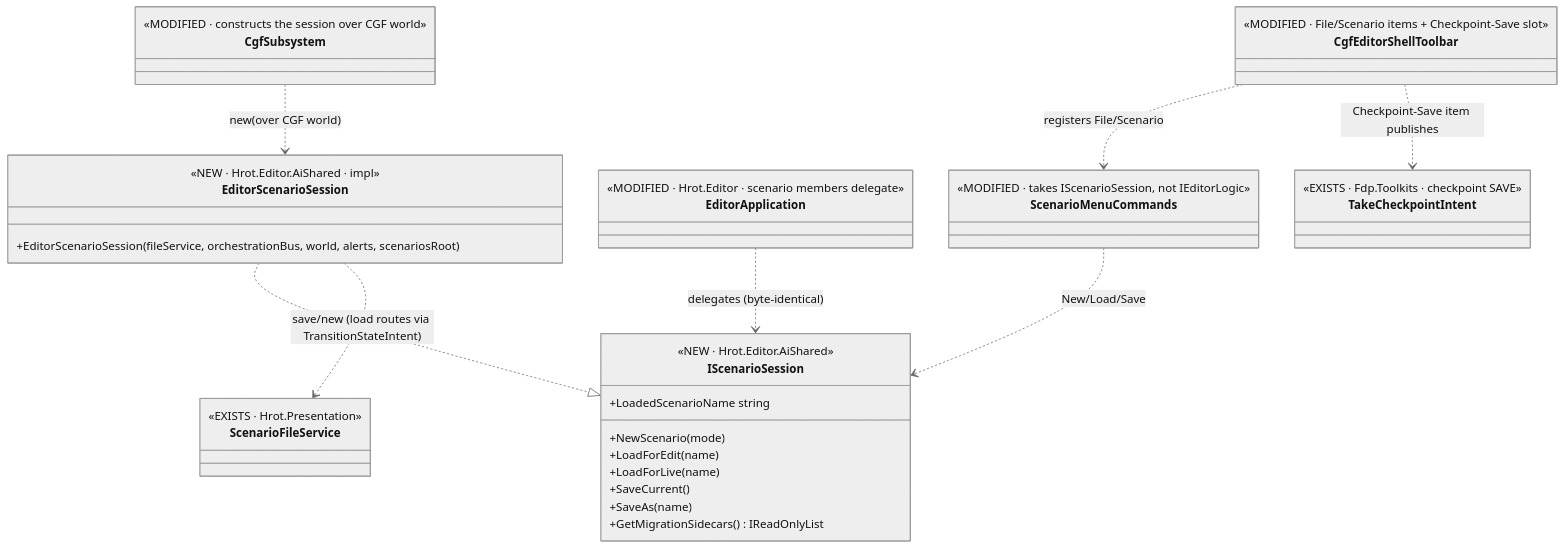
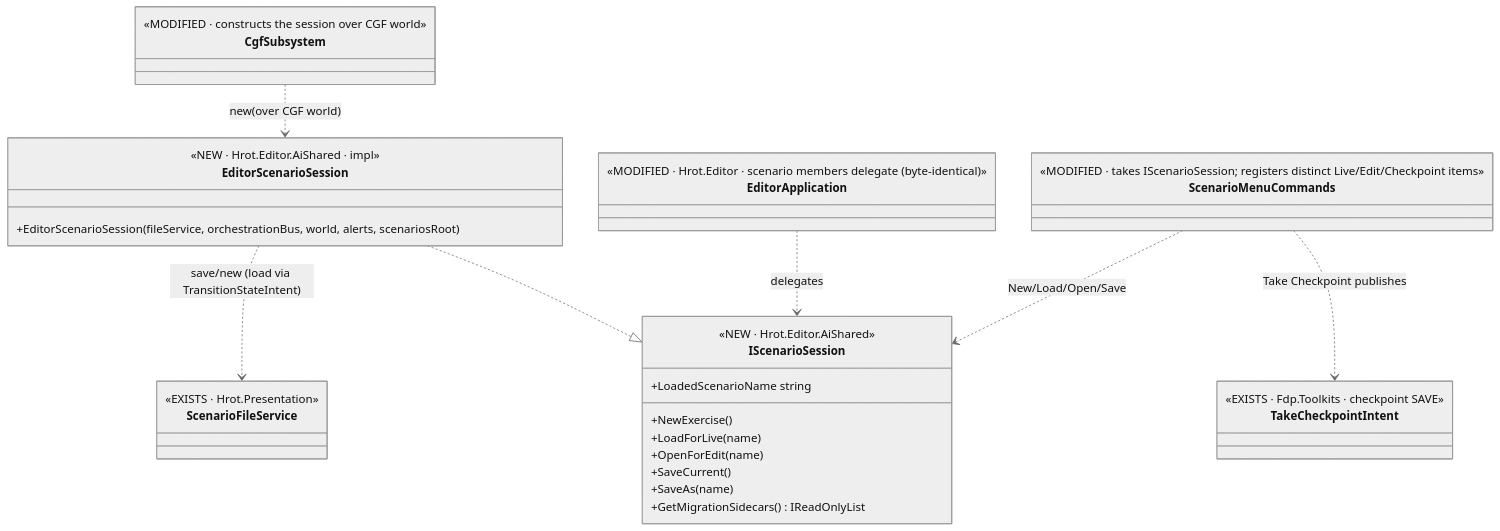
One commit to pjanec/HROT changed the first of 2 diagrams in docs/DESIGN_Cgf_Scenario_Session_Slice.md. Above: the diagram before and after it, drawn with Mermaid (neutral theme). The commit also changed other lines of this file and 4 other files, not shown here.

````diff
--- a/docs/DESIGN_Cgf_Scenario_Session_Slice.md
+++ b/docs/DESIGN_Cgf_Scenario_Session_Slice.md
@@ -47,42 +56,38 @@
 ```mermaid
 classDiagram
     class IScenarioSession {
         <<NEW · Hrot.Editor.AiShared>>
-        +NewScenario(mode)
-        +LoadForEdit(name)
+        +NewExercise()
         +LoadForLive(name)
+        +OpenForEdit(name)
         +SaveCurrent()
         +SaveAs(name)
         +LoadedScenarioName string
         +GetMigrationSidecars() IReadOnlyList
     }
     class EditorScenarioSession {
         <<NEW · Hrot.Editor.AiShared · impl>>
         +EditorScenarioSession(fileService, orchestrationBus, world, alerts, scenariosRoot)
     }
     class ScenarioFileService {
         <<EXISTS · Hrot.Presentation>>
     }
     class EditorApplication {
-        <<MODIFIED · Hrot.Editor · scenario members delegate>>
+        <<MODIFIED · Hrot.Editor · scenario members delegate (byte-identical)>>
     }
     class CgfSubsystem {
         <<MODIFIED · constructs the session over CGF world>>
     }
     class ScenarioMenuCommands {
-        <<MODIFIED · takes IScenarioSession, not IEditorLogic>>
-    }
-    class CgfEditorShellToolbar {
-        <<MODIFIED · File/Scenario items + Checkpoint-Save slot>>
+        <<MODIFIED · takes IScenarioSession; registers distinct Live/Edit/Checkpoint items>>
     }
     class TakeCheckpointIntent {
         <<EXISTS · Fdp.Toolkits · checkpoint SAVE>>
     }
     EditorScenarioSession ..|> IScenarioSession
-    EditorScenarioSession ..> ScenarioFileService : save/new (load routes via TransitionStateIntent)
-    EditorApplication ..> IScenarioSession : delegates (byte-identical)
+    EditorScenarioSession ..> ScenarioFileService : save/new (load via TransitionStateIntent)
+    EditorApplication ..> IScenarioSession : delegates
     CgfSubsystem ..> EditorScenarioSession : new(over CGF world)
-    ScenarioMenuCommands ..> IScenarioSession : New/Load/Save
-    CgfEditorShellToolbar ..> ScenarioMenuCommands : registers File/Scenario
-    CgfEditorShellToolbar ..> TakeCheckpointIntent : Checkpoint-Save item publishes
+    ScenarioMenuCommands ..> IScenarioSession : New/Load/Open/Save
+    ScenarioMenuCommands ..> TakeCheckpointIntent : Take Checkpoint publishes
 ```
````
